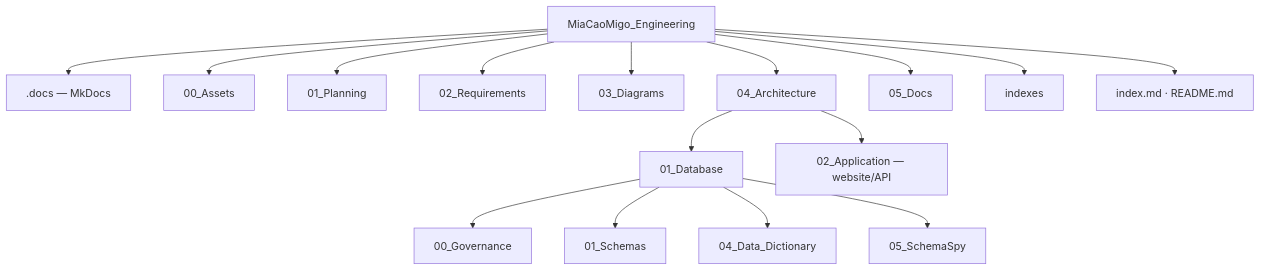
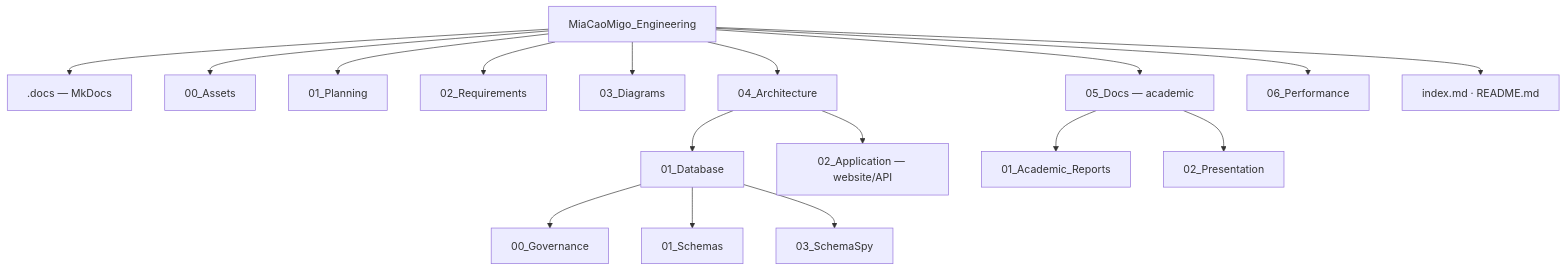
The diagram in STRUCTURE.md (bulletproof20/MiaCaoMigo_Engineering), drawn with Mermaid before and after one commit. The commit also changed other lines of this file and 37 other files, not shown here.

````diff
--- a/STRUCTURE.md
+++ b/STRUCTURE.md
@@ -16,19 +16,20 @@
 ```mermaid
 flowchart TB
     ROOT["MiaCaoMigo_Engineering"]
     ROOT --> DOCS[".docs — MkDocs"]
     ROOT --> ASSETS["00_Assets"]
     ROOT --> PLAN["01_Planning"]
     ROOT --> REQ["02_Requirements"]
     ROOT --> DIAG["03_Diagrams"]
     ROOT --> ARCH["04_Architecture"]
-    ROOT --> ACAD["05_Docs"]
-    ROOT --> IDX["indexes"]
+    ROOT --> ACAD["05_Docs — academic"]
+    ROOT --> PERF["06_Performance"]
     ROOT --> HOME["index.md · README.md"]
     ARCH --> DB["01_Database"]
     ARCH --> APP["02_Application — website/API"]
     DB --> GOV["00_Governance"]
     DB --> SCH["01_Schemas"]
-    DB --> DD["04_Data_Dictionary"]
-    DB --> SS["05_SchemaSpy"]
+    DB --> SS["03_SchemaSpy"]
+    ACAD --> REP["01_Academic_Reports"]
+    ACAD --> PRES["02_Presentation"]
 ```
````
